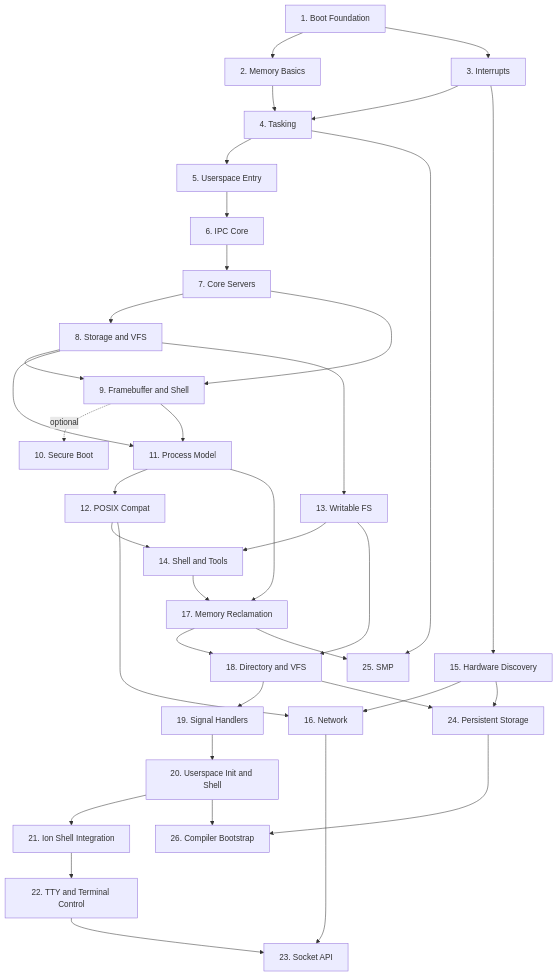
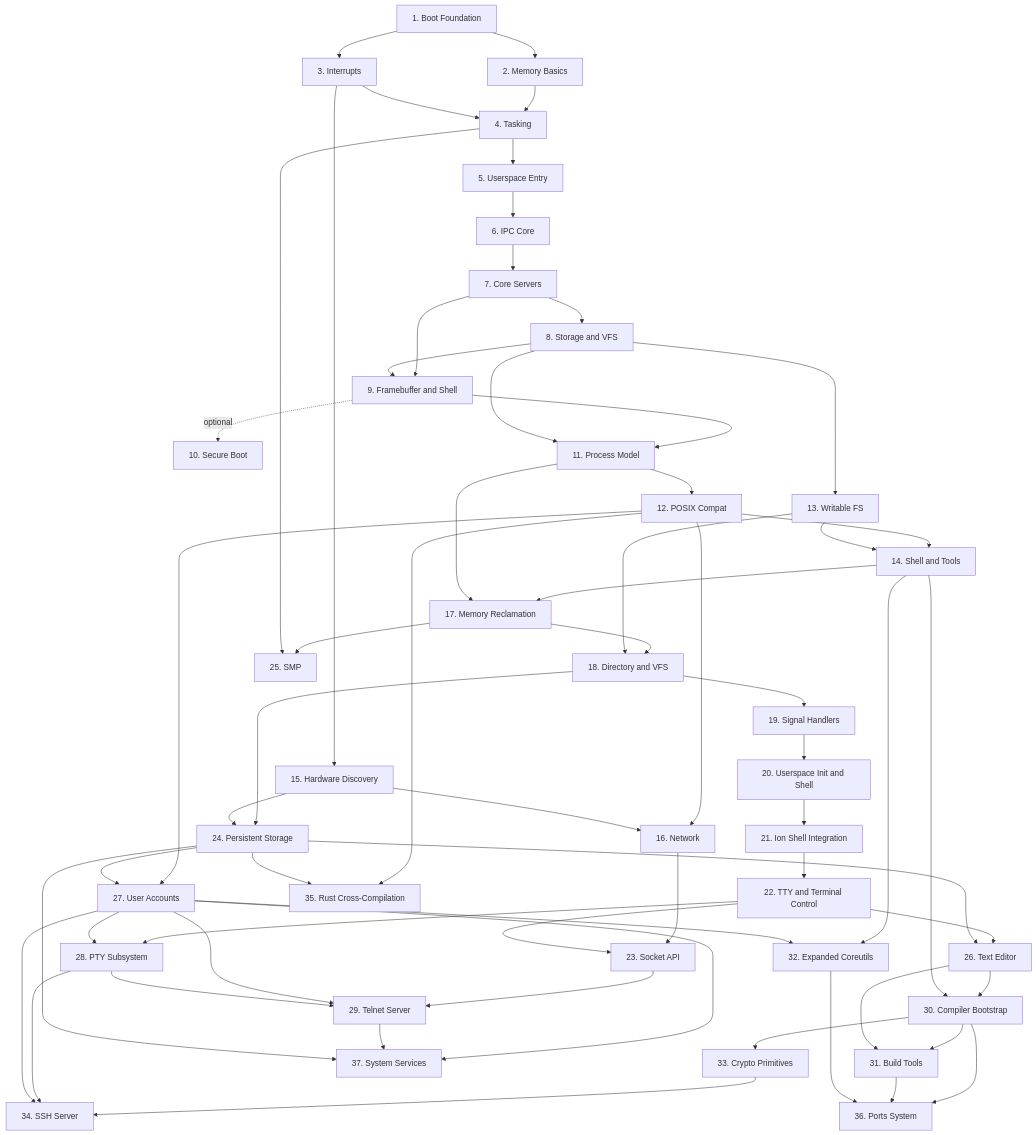
Before and after one commit to mikecubed/m3OS: the diagram in docs/08-roadmap.md, drawn with Mermaid. The commit also changed other lines of this file and 13 other files, not shown here.

First line of the commit message:
docs: New productivity roadmap (Phases 26-37)

````diff
--- a/docs/08-roadmap.md
+++ b/docs/08-roadmap.md
@@ -11,49 +11,76 @@
 ```mermaid
 flowchart TD
     P1["1. Boot Foundation"]
     P2["2. Memory Basics"]
     P3["3. Interrupts"]
     P4["4. Tasking"]
     P5["5. Userspace Entry"]
     P6["6. IPC Core"]
     P7["7. Core Servers"]
     P8["8. Storage and VFS"]
     P9["9. Framebuffer and Shell"]
 
     P1 --> P2
     P1 --> P3
     P2 --> P4
     P3 --> P4
     P4 --> P5
     P5 --> P6
     P6 --> P7
     P7 --> P8
     P7 --> P9
     P8 --> P9
     P9 -.->|optional| P10["10. Secure Boot"]
     P9 --> P11["11. Process Model"]
     P8 --> P11
     P11 --> P12["12. POSIX Compat"]
     P8 --> P13["13. Writable FS"]
     P12 --> P14["14. Shell and Tools"]
     P13 --> P14
     P3 --> P15["15. Hardware Discovery"]
     P12 --> P16["16. Network"]
     P15 --> P16
     P14 --> P17["17. Memory Reclamation"]
     P11 --> P17
     P17 --> P18["18. Directory and VFS"]
     P13 --> P18
     P18 --> P19["19. Signal Handlers"]
     P19 --> P20["20. Userspace Init and Shell"]
     P20 --> P21["21. Ion Shell Integration"]
     P21 --> P22["22. TTY and Terminal Control"]
     P16 --> P23["23. Socket API"]
     P22 --> P23
     P18 --> P24["24. Persistent Storage"]
     P15 --> P24
     P17 --> P25["25. SMP"]
     P4 --> P25
-    P20 --> P26["26. Compiler Bootstrap"]
+
+    %% Productivity phases
+    P22 --> P26["26. Text Editor"]
     P24 --> P26
+    P12 --> P27["27. User Accounts"]
+    P24 --> P27
+    P22 --> P28["28. PTY Subsystem"]
+    P27 --> P28
+    P23 --> P29["29. Telnet Server"]
+    P27 --> P29
+    P28 --> P29
+    P26 --> P30["30. Compiler Bootstrap"]
+    P14 --> P30
+    P30 --> P31["31. Build Tools"]
+    P26 --> P31
+    P14 --> P32["32. Expanded Coreutils"]
+    P27 --> P32
+    P30 --> P33["33. Crypto Primitives"]
+    P33 --> P34["34. SSH Server"]
+    P28 --> P34
+    P27 --> P34
+    P12 --> P35["35. Rust Cross-Compilation"]
+    P24 --> P35
+    P30 --> P36["36. Ports System"]
+    P31 --> P36
+    P32 --> P36
+    P27 --> P37["37. System Services"]
+    P29 --> P37
+    P24 --> P37
 ```
````
